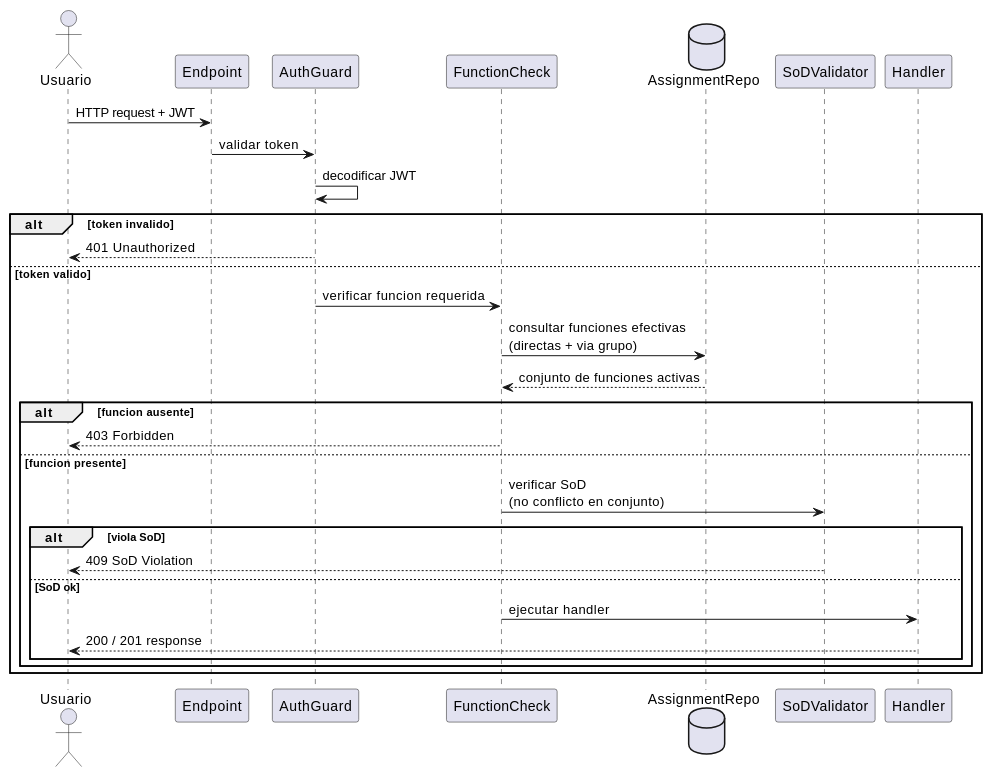
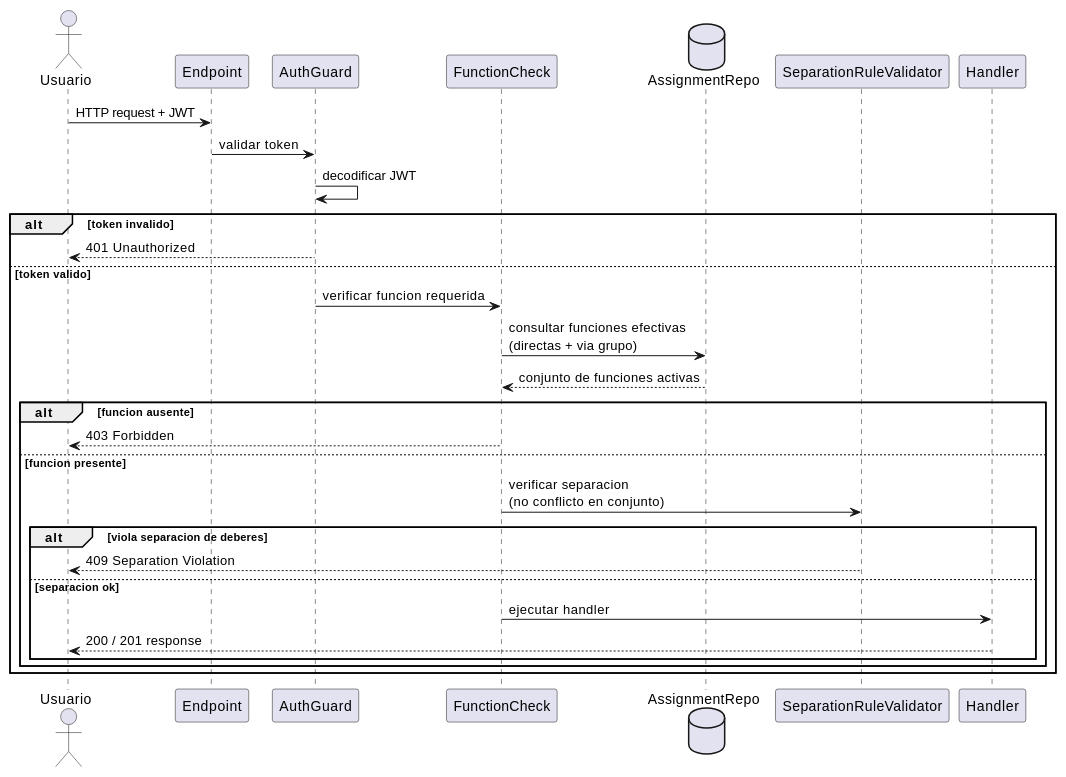
Before and after one commit to jcg-admin/IACT-docs: the diagram in source/arquitectura-tecnica/rbac/modelo-rbac-iact/diagramas/flujo-enforcement-rbac.rst, drawn with PlantUML. The commit also changed 32 other files, not shown here.

```diff
--- a/source/arquitectura-tecnica/rbac/modelo-rbac-iact/diagramas/flujo-enforcement-rbac.rst
+++ b/source/arquitectura-tecnica/rbac/modelo-rbac-iact/diagramas/flujo-enforcement-rbac.rst
@@ -19,36 +19,36 @@
 .. uml::
  :caption: Secuencia de enforcement — cada request valida funcion atomica antes de ejecutar.
 
  @startuml
 
  actor "Usuario" as Usuario
  participant "Endpoint" as Endpoint
  participant "AuthGuard" as AuthGuard
  participant "FunctionCheck" as FunctionCheck
  database "AssignmentRepo" as AssignmentRepo
- participant "SoDValidator" as SoDValidator
+ participant "SeparationRuleValidator" as SeparationRuleValidator
  participant "Handler" as Handler
 
  Usuario -> Endpoint : HTTP request + JWT
  Endpoint -> AuthGuard : validar token
  AuthGuard -> AuthGuard : decodificar JWT
  alt token invalido
    AuthGuard --> Usuario : 401 Unauthorized
  else token valido
    AuthGuard -> FunctionCheck : verificar funcion requerida
    FunctionCheck -> AssignmentRepo : consultar funciones efectivas\n(directas + via grupo)
    AssignmentRepo --> FunctionCheck : conjunto de funciones activas
    alt funcion ausente
      FunctionCheck --> Usuario : 403 Forbidden
    else funcion presente
-     FunctionCheck -> SoDValidator : verificar SoD\n(no conflicto en conjunto)
-     alt viola SoD
-       SoDValidator --> Usuario : 409 SoD Violation
-     else SoD ok
+     FunctionCheck -> SeparationRuleValidator : verificar separacion\n(no conflicto en conjunto)
+     alt viola separacion de deberes
+       SeparationRuleValidator --> Usuario : 409 Separation Violation
+     else separacion ok
        FunctionCheck -> Handler : ejecutar handler
        Handler --> Usuario : 200 / 201 response
      end
    end
  end
 
  @enduml
```
